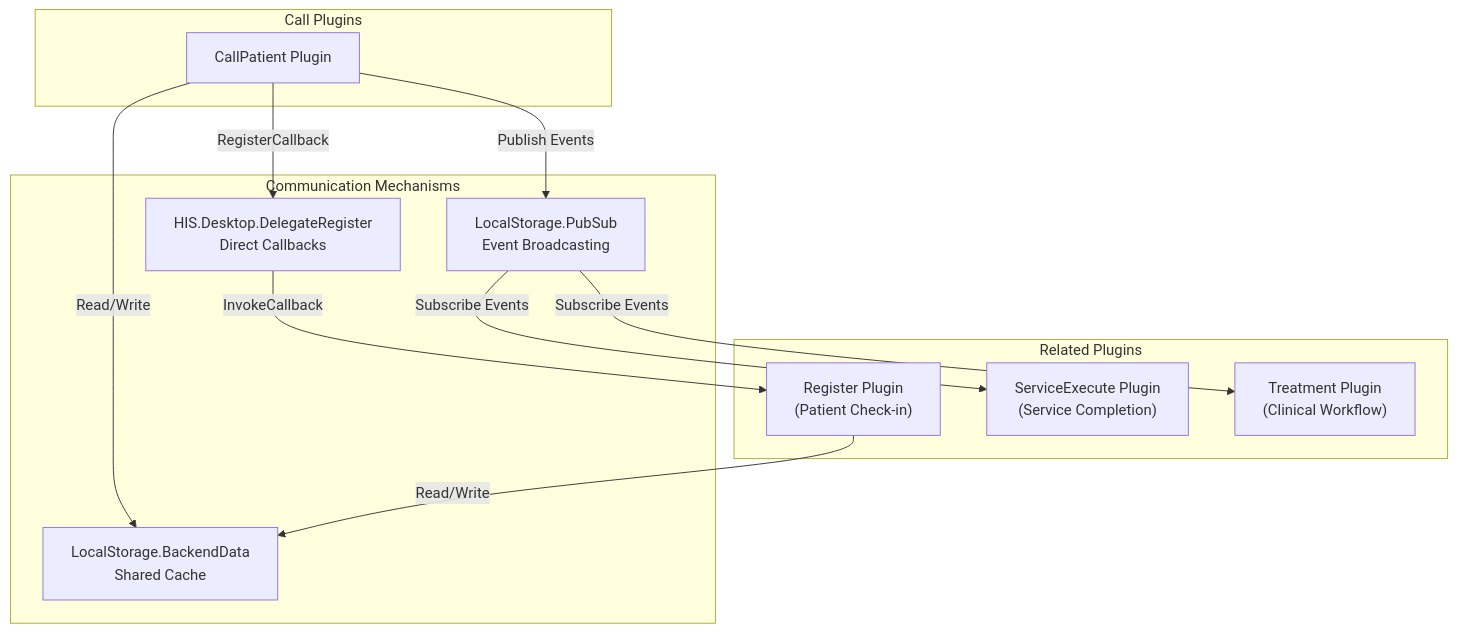
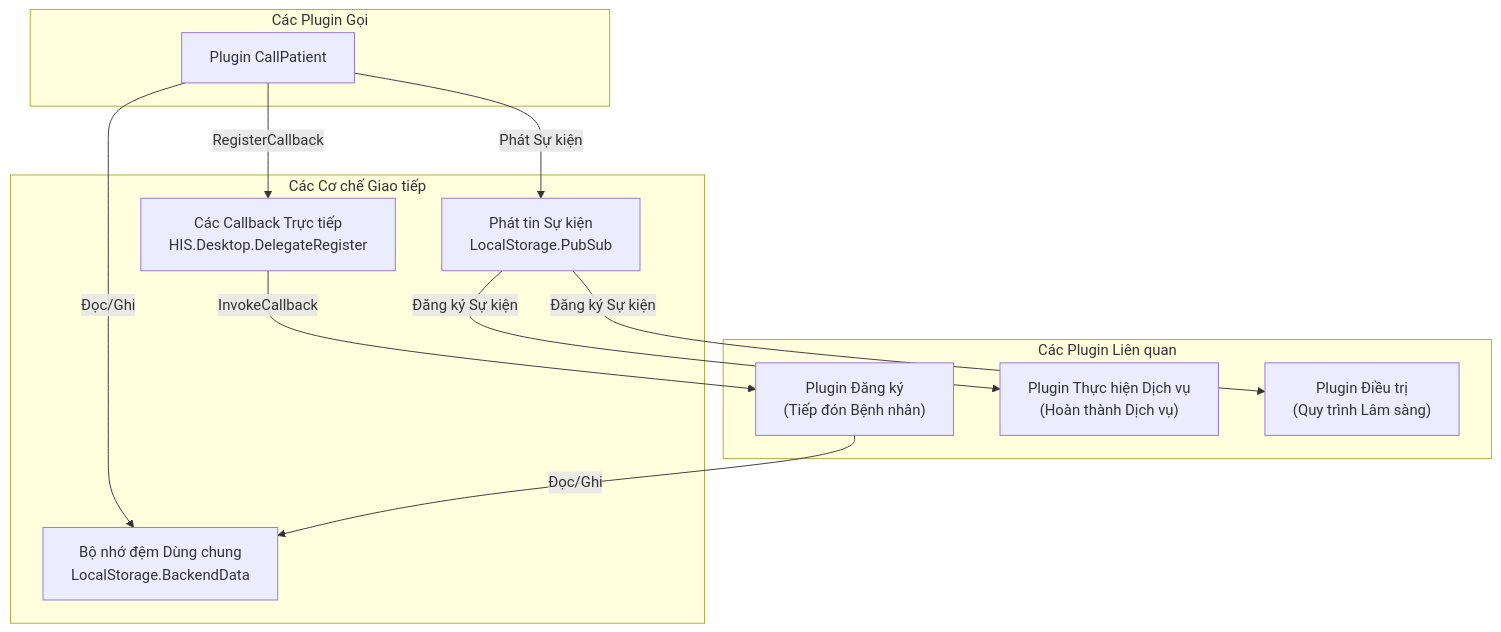
One commit to thangpnb/HIS changed the seventh of 8 diagrams in docs/his-ba-documentation/03-business-domains/patient-management/patient-call-display.md. Above: the diagram before and after it, drawn with Mermaid. The commit also changed other lines of this file and 30 other files, not shown here.

Commit message:
Refactor architecture docs and update translations

````diff
--- a/docs/his-ba-documentation/03-business-domains/patient-management/patient-call-display.md
+++ b/docs/his-ba-documentation/03-business-domains/patient-management/patient-call-display.md
@@ -344,28 +344,28 @@
 ```mermaid
 graph TB
-    subgraph "Call Plugins"
-        CallPlugin["CallPatient Plugin"]
+    subgraph "Các Plugin Gọi"
+        CallPlugin["Plugin CallPatient"]
     end
     
-    subgraph "Communication Mechanisms"
-        DelegateReg["HIS.Desktop.DelegateRegister<br/>Direct Callbacks"]
-        PubSubSystem["LocalStorage.PubSub<br/>Event Broadcasting"]
-        SharedState["LocalStorage.BackendData<br/>Shared Cache"]
+    subgraph "Các Cơ chế Giao tiếp"
+        DelegateReg["Các Callback Trực tiếp<br/>HIS.Desktop.DelegateRegister"]
+        PubSubSystem["Phát tin Sự kiện<br/>LocalStorage.PubSub"]
+        SharedState["Bộ nhớ đệm Dùng chung<br/>LocalStorage.BackendData"]
     end
     
-    subgraph "Related Plugins"
-        Register["Register Plugin<br/>(Patient Check-in)"]
-        ServiceExec["ServiceExecute Plugin<br/>(Service Completion)"]
-        Treatment["Treatment Plugin<br/>(Clinical Workflow)"]
+    subgraph "Các Plugin Liên quan"
+        Register["Plugin Đăng ký<br/>(Tiếp đón Bệnh nhân)"]
+        ServiceExec["Plugin Thực hiện Dịch vụ<br/>(Hoàn thành Dịch vụ)"]
+        Treatment["Plugin Điều trị<br/>(Quy trình Lâm sàng)"]
     end
     
     CallPlugin -->|"RegisterCallback"| DelegateReg
     DelegateReg -->|"InvokeCallback"| Register
     
-    CallPlugin -->|"Publish Events"| PubSubSystem
-    PubSubSystem -->|"Subscribe Events"| ServiceExec
-    PubSubSystem -->|"Subscribe Events"| Treatment
+    CallPlugin -->|"Phát Sự kiện"| PubSubSystem
+    PubSubSystem -->|"Đăng ký Sự kiện"| ServiceExec
+    PubSubSystem -->|"Đăng ký Sự kiện"| Treatment
     
-    CallPlugin -->|"Read/Write"| SharedState
-    Register -->|"Read/Write"| SharedState
+    CallPlugin -->|"Đọc/Ghi"| SharedState
+    Register -->|"Đọc/Ghi"| SharedState
 ```
````
